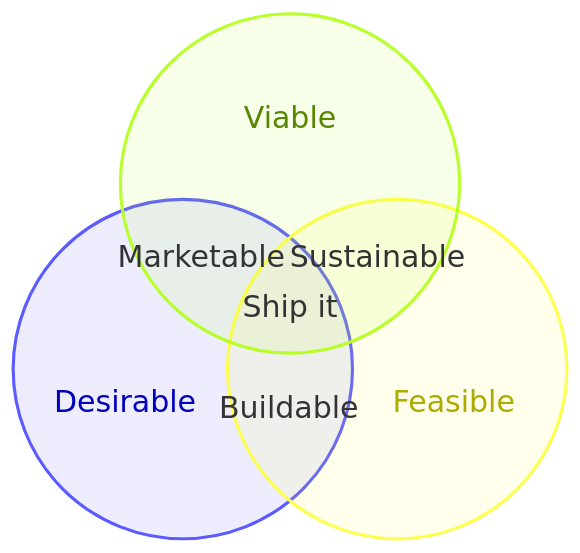
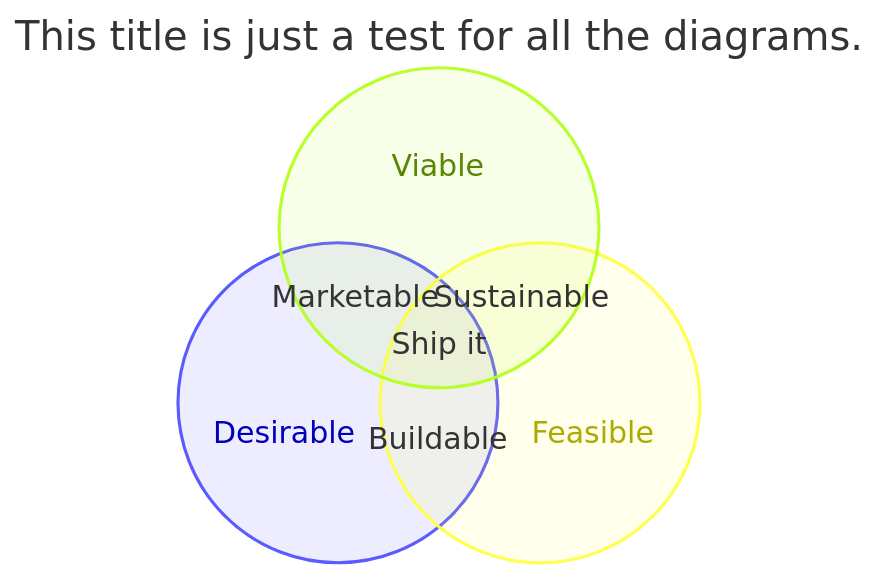
Diagram 20 of 30 in e2e/fixtures/all-diagrams.md (Abdulla-Aldosari/Markdown-Preview-GH), drawn with Mermaid before and after one commit. The commit also changed other lines of this file and 2 other files, not shown here.

First line of the commit message:
test(e2e): cover diagram themes, stability, and zenuml rendering

````diff
--- a/e2e/fixtures/all-diagrams.md
+++ b/e2e/fixtures/all-diagrams.md
@@ -238,10 +223,11 @@
 ```mermaid
 venn-beta
+title This title is just a test for all the diagrams.
   set Desirable
   set Feasible
   set Viable
   union Desirable,Feasible["Buildable"]
   union Feasible,Viable["Sustainable"]
   union Desirable,Viable["Marketable"]
   union Desirable,Feasible,Viable["Ship it"]
 ```
````
